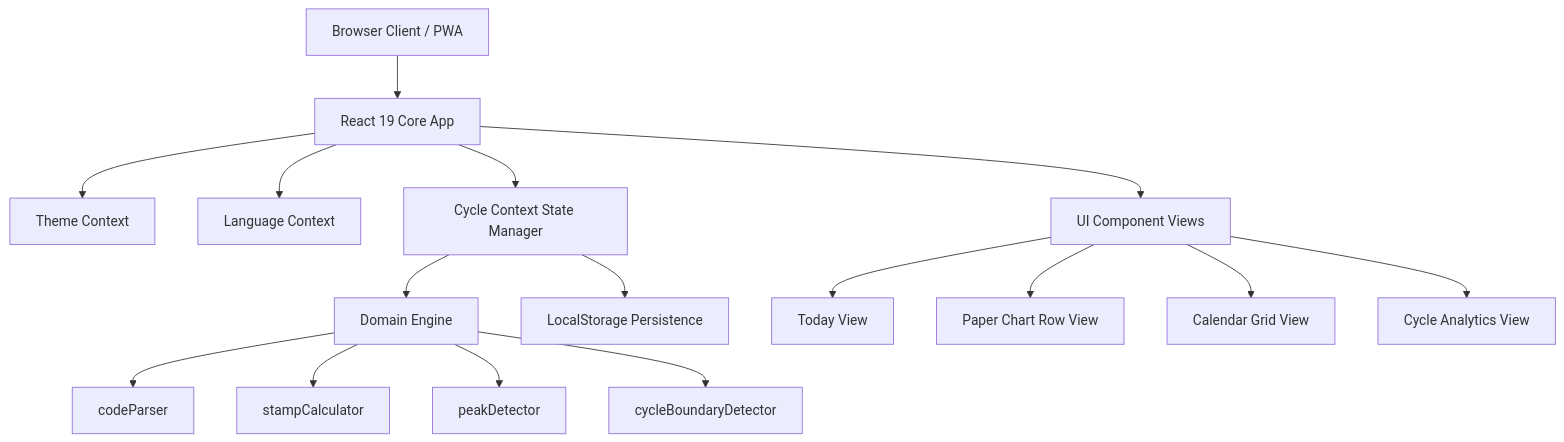
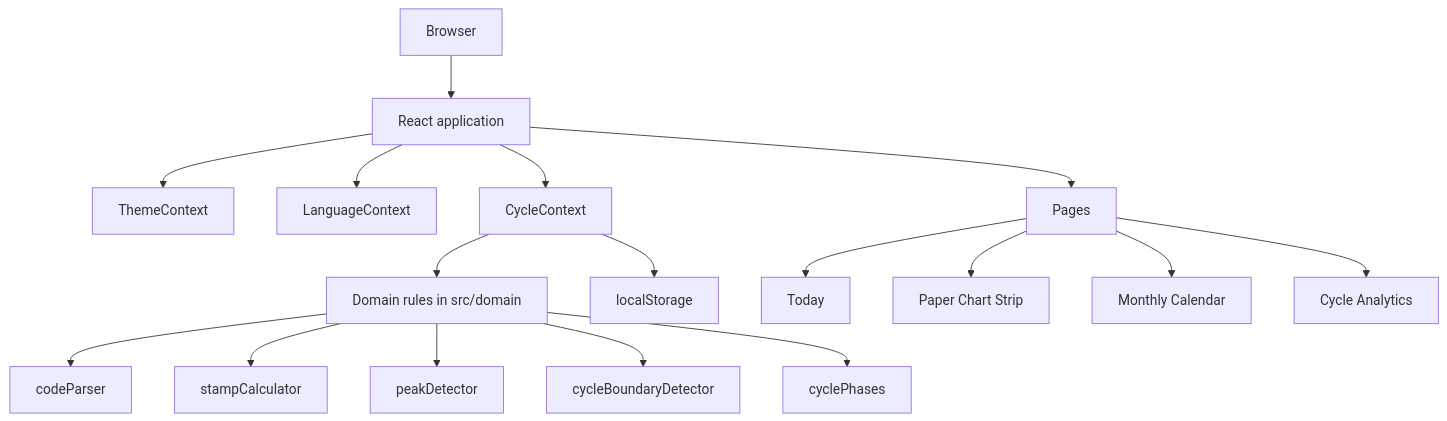
The first of 2 diagrams in SPEC.md (gsuquet/fertility-tracker), drawn with Mermaid before and after one commit. The commit also changed other lines of this file and 2 other files, not shown here.

````diff
--- a/SPEC.md
+++ b/SPEC.md
@@ -65,18 +42,19 @@
 ```mermaid
 graph TD
-    A[Browser Client / PWA] --> B[React 19 Core App]
-    B --> C[Theme Context]
-    B --> D[Language Context]
-    B --> E[Cycle Context State Manager]
-    E --> F[Domain Engine]
+    A[Browser] --> B[React application]
+    B --> C[ThemeContext]
+    B --> D[LanguageContext]
+    B --> E[CycleContext]
+    E --> F[Domain rules in src/domain]
     F --> F1[codeParser]
     F --> F2[stampCalculator]
     F --> F3[peakDetector]
     F --> F4[cycleBoundaryDetector]
-    E --> G[LocalStorage Persistence]
-    B --> H[UI Component Views]
-    H --> H1[Today View]
-    H --> H2[Paper Chart Row View]
-    H --> H3[Calendar Grid View]
-    H --> H4[Cycle Analytics View]
+    F --> F5[cyclePhases]
+    E --> G[localStorage]
+    B --> H[Pages]
+    H --> H1[Today]
+    H --> H2[Paper Chart Strip]
+    H --> H3[Monthly Calendar]
+    H --> H4[Cycle Analytics]
 ```
````
